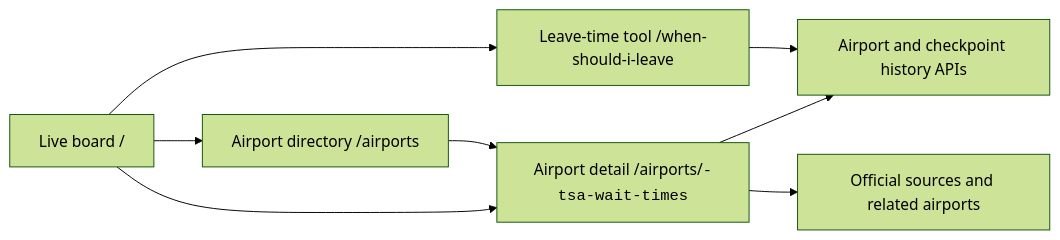
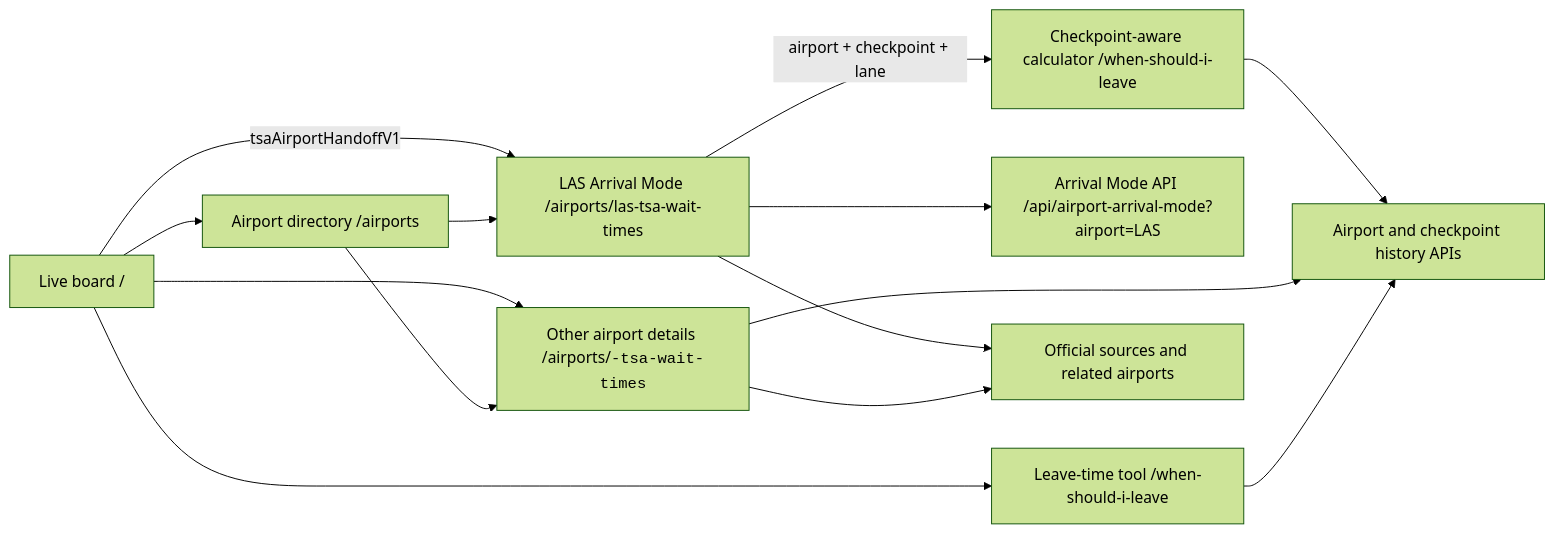
One commit to benbirkhahn/Tsatracker.com changed the diagram in docs/wayfinding-atlas-redesign.md. Above: the diagram before and after it, drawn with Mermaid (forest theme). The commit also changed other lines of this file and 11 other files, not shown here.

Commit message:
Add LAS airport arrival mode

````diff
--- a/docs/wayfinding-atlas-redesign.md
+++ b/docs/wayfinding-atlas-redesign.md
@@ -47,10 +48,16 @@
 ```mermaid
 flowchart LR
-  Home["Live board /"] --> Airport["Airport detail /airports/<code>-tsa-wait-times"]
+  Home["Live board /"] -->|"tsaAirportHandoffV1"| LAS["LAS Arrival Mode /airports/las-tsa-wait-times"]
+  Home --> Airport["Other airport details /airports/<code>-tsa-wait-times"]
   Home --> Directory["Airport directory /airports"]
   Home --> Calculator["Leave-time tool /when-should-i-leave"]
   Directory --> Airport
+  Directory --> LAS
+  LAS --> ArrivalAPI["Arrival Mode API /api/airport-arrival-mode?airport=LAS"]
+  LAS -->|"airport + checkpoint + lane"| CheckpointCalculator["Checkpoint-aware calculator /when-should-i-leave"]
+  CheckpointCalculator --> History["Airport and checkpoint history APIs"]
   Airport --> History["Airport and checkpoint history APIs"]
   Calculator --> History
+  LAS --> Guides["Official sources and related airports"]
   Airport --> Guides["Official sources and related airports"]
 ```
````
